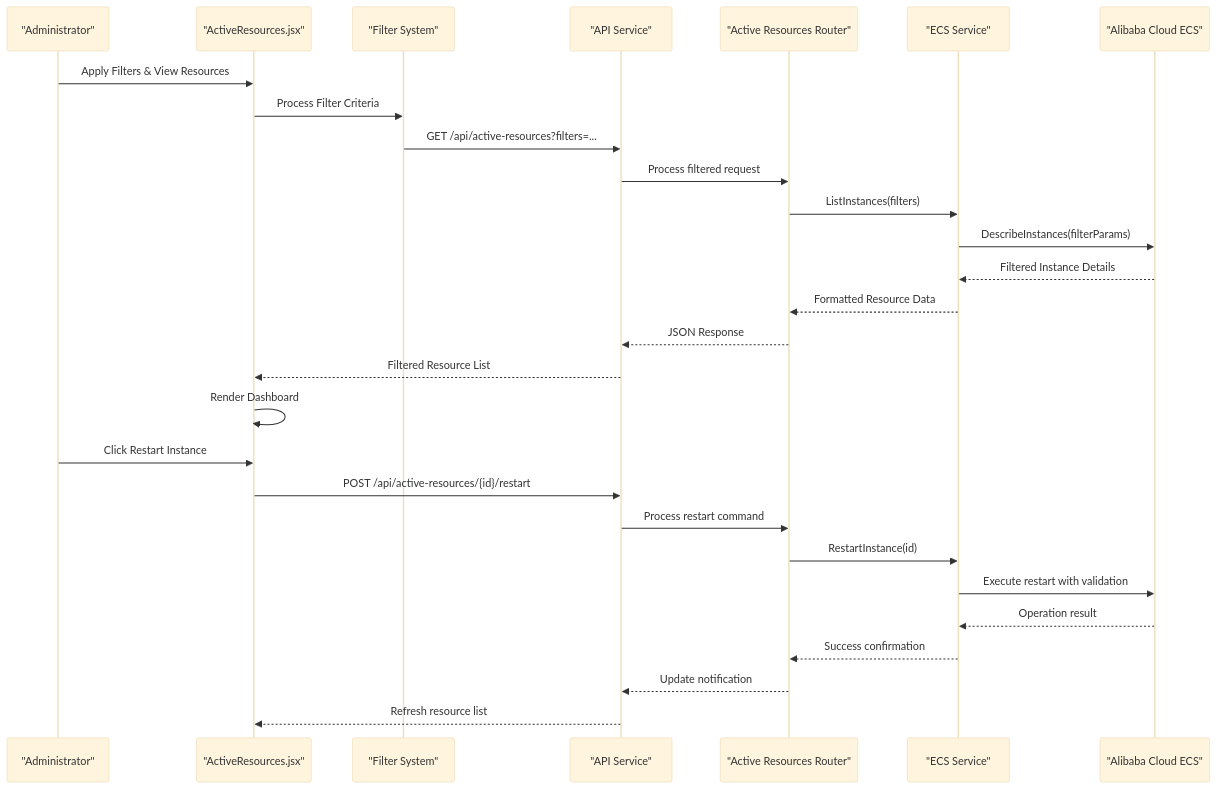
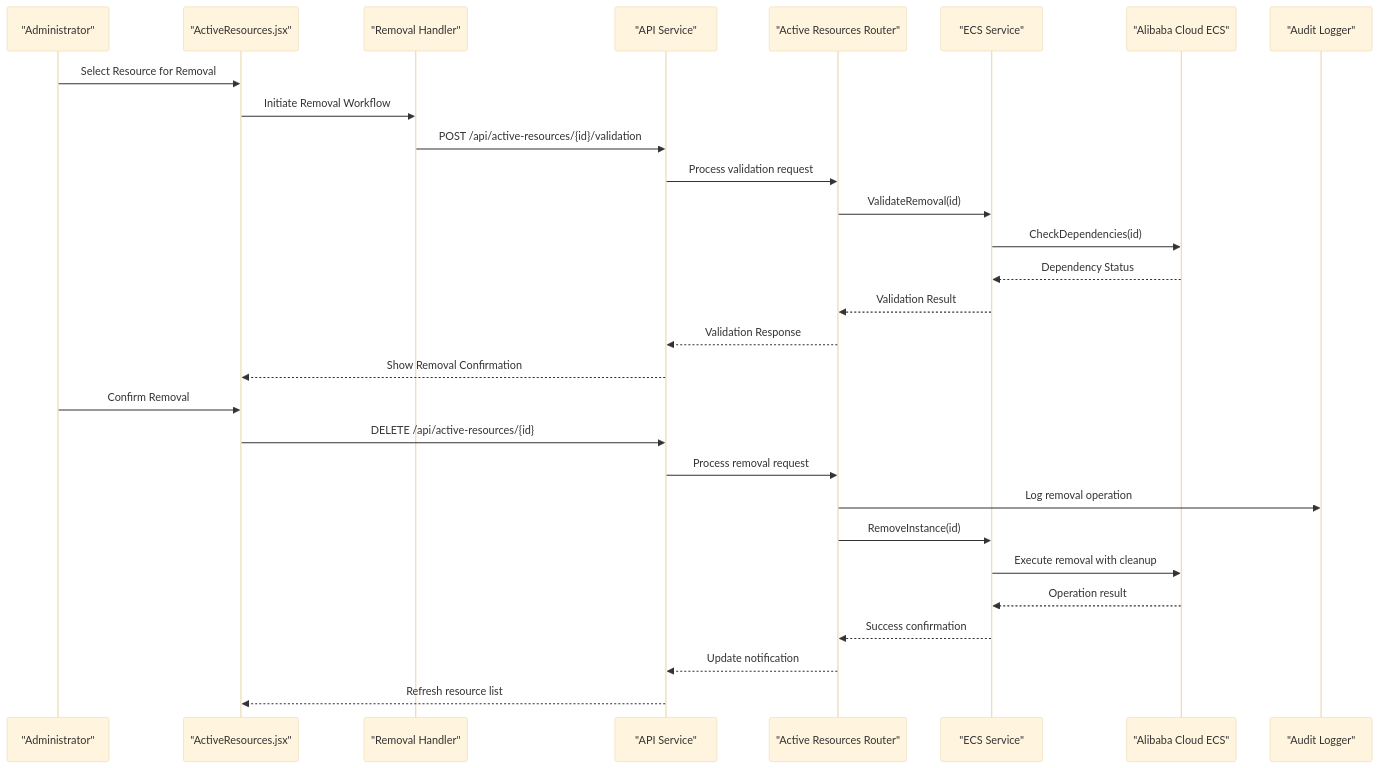
Before and after one commit to 14Lucifer/hackathon_ecs_creator: the second of 6 diagrams in .qoder/repowiki/en/content/Frontend Development/Page Components & Routing/Active Resource Monitoring.md, drawn with Mermaid (base theme). The commit also changed other lines of this file and 92 other files, not shown here.

````diff
--- a/.qoder/repowiki/en/content/Frontend Development/Page Components & Routing/Active Resource Monitoring.md
+++ b/.qoder/repowiki/en/content/Frontend Development/Page Components & Routing/Active Resource Monitoring.md
@@ -143,30 +160,31 @@
 ```mermaid
 sequenceDiagram
 participant User as "Administrator"
 participant UI as "ActiveResources.jsx"
-participant Filter as "Filter System"
+participant Removal as "Removal Handler"
 participant API as "API Service"
 participant Router as "Active Resources Router"
 participant ECS as "ECS Service"
 participant Cloud as "Alibaba Cloud ECS"
-User->>UI : Apply Filters & View Resources
-UI->>Filter : Process Filter Criteria
-Filter->>API : GET /api/active-resources?filters=...
-API->>Router : Process filtered request
-Router->>ECS : ListInstances(filters)
-ECS->>Cloud : DescribeInstances(filterParams)
-Cloud-->>ECS : Filtered Instance Details
-ECS-->>Router : Formatted Resource Data
-Router-->>API : JSON Response
-API-->>UI : Filtered Resource List
-UI->>UI : Render Dashboard
-User->>UI : Click Restart Instance
-UI->>API : POST /api/active-resources/{id}/restart
-API->>Router : Process restart command
-Router->>ECS : RestartInstance(id)
-ECS->>Cloud : Execute restart with validation
+participant Audit as "Audit Logger"
+User->>UI : Select Resource for Removal
+UI->>Removal : Initiate Removal Workflow
+Removal->>API : POST /api/active-resources/{id}/validation
+API->>Router : Process validation request
+Router->>ECS : ValidateRemoval(id)
+ECS->>Cloud : CheckDependencies(id)
+Cloud-->>ECS : Dependency Status
+ECS-->>Router : Validation Result
+Router-->>API : Validation Response
+API-->>UI : Show Removal Confirmation
+User->>UI : Confirm Removal
+UI->>API : DELETE /api/active-resources/{id}
+API->>Router : Process removal request
+Router->>Audit : Log removal operation
+Router->>ECS : RemoveInstance(id)
+ECS->>Cloud : Execute removal with cleanup
 Cloud-->>ECS : Operation result
 ECS-->>Router : Success confirmation
 Router-->>API : Update notification
 API-->>UI : Refresh resource list
 ```
````
